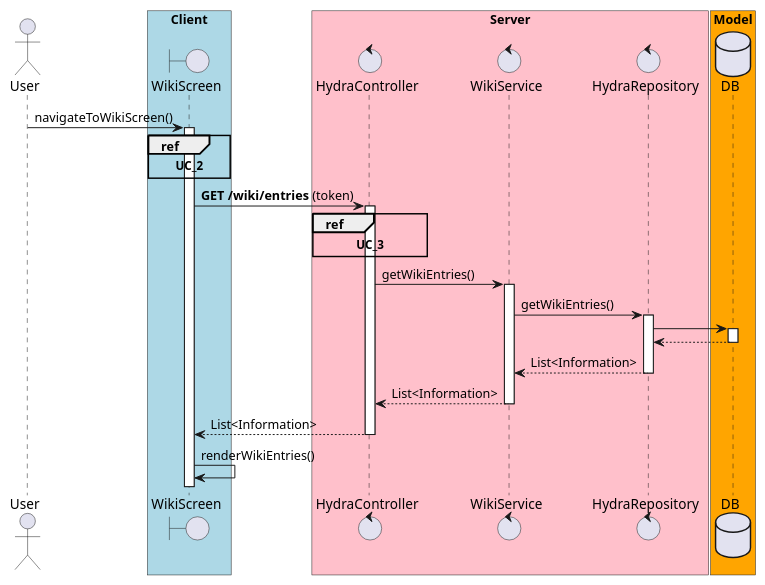
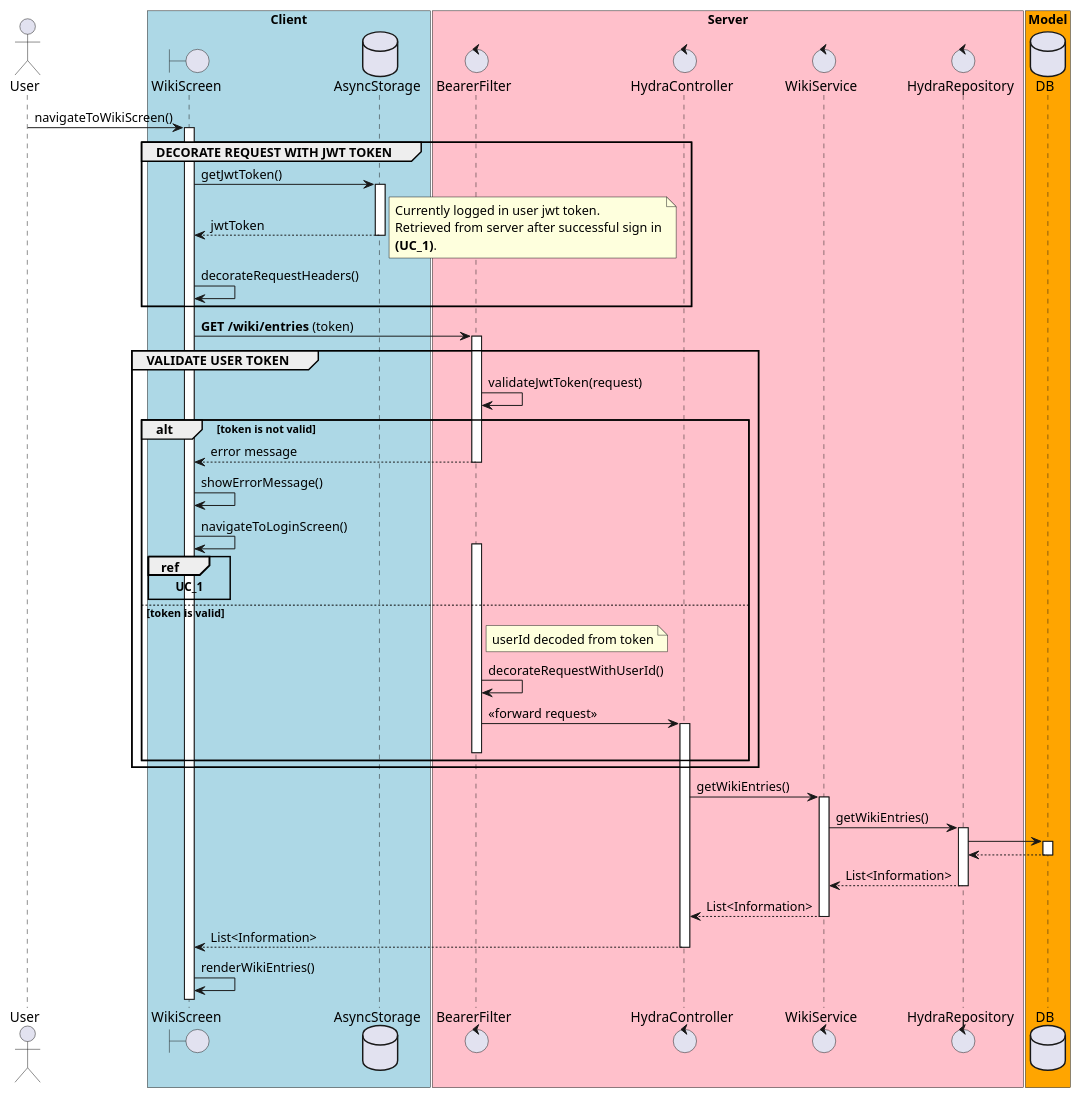
Before and after one commit to poznas/hydra-aimo: the diagram in sequence_diagram_wiki_list.puml, drawn with PlantUML. The commit also changed 16 other files, not shown here.

Commit message:
refactor UC_2, UC_3 to UC_4 nested sequence groups

```diff
--- a/sequence_diagram_wiki_list.puml
+++ b/sequence_diagram_wiki_list.puml
@@ -1,48 +1,89 @@
 @startuml
 actor User
 boundary WikiScreen
+database AsyncStorage
+control BearerFilter
 control HydraController
 control WikiService
 control HydraRepository
 
 database DB
 
 box "Client" #LightBlue
-   participant WikiScreen
+participant WikiScreen
+participant AsyncStorage
 end box
 
 box "Server" #Pink
-   control HydraController
-    control WikiService
-    control HydraRepository
+control BearerFilter
+control HydraController
+control WikiService
+control HydraRepository
 end box
 
 box "Model" #Orange
-   participant DB
+participant DB
 end box
 
 User -> WikiScreen : navigateToWikiScreen()
 activate WikiScreen
-ref over WikiScreen : **UC_2**
-WikiScreen -> HydraController : **GET /wiki/entries** (token)
-ref over HydraController : **UC_3**
 
-activate HydraController
-HydraController -> WikiService : getWikiEntries()
-activate WikiService
-WikiService -> HydraRepository : getWikiEntries()
-activate HydraRepository
-HydraRepository -> DB
-activate DB
-DB --> HydraRepository 
-deactivate DB
-HydraRepository --> WikiService : List<Information>
-deactivate HydraRepository
-WikiService --> HydraController : List<Information>
-deactivate WikiService
-HydraController --> WikiScreen : List<Information>
-deactivate HydraController
-WikiScreen -> WikiScreen : renderWikiEntries()
+group DECORATE REQUEST WITH JWT TOKEN
+   WikiScreen -> AsyncStorage : getJwtToken()
+   activate AsyncStorage
+   AsyncStorage --> WikiScreen : jwtToken
+   note right
+      Currently logged in user jwt token.
+      Retrieved from server after successful sign in
+      **(UC_1)**.
+   end note
+   deactivate AsyncStorage
+   WikiScreen -> WikiScreen : decorateRequestHeaders()
+end
 
+WikiScreen -> BearerFilter : **GET /wiki/entries** (token)
+
+activate BearerFilter
+
+group VALIDATE USER TOKEN
+
+   BearerFilter -> BearerFilter : validateJwtToken(request)
+
+   alt token is not valid
+      BearerFilter --> WikiScreen : error message
+      deactivate BearerFilter
+      WikiScreen -> WikiScreen : showErrorMessage()
+      WikiScreen -> WikiScreen : navigateToLoginScreen()
+
+      ref over WikiScreen : **UC_1**
+
+   else token is valid
+      note right of BearerFilter
+         userId decoded from token
+      end note
+      activate BearerFilter
+      BearerFilter -> BearerFilter : decorateRequestWithUserId()
+      BearerFilter -> HydraController : << forward request >>
+      activate HydraController
+      deactivate BearerFilter
+      end alt
+
+   end
+
+   HydraController -> WikiService : getWikiEntries()
+   activate WikiService
+   WikiService -> HydraRepository : getWikiEntries()
+   activate HydraRepository
+   HydraRepository -> DB
+   activate DB
+   DB --> HydraRepository
+   deactivate DB
+   HydraRepository --> WikiService : List<Information>
+   deactivate HydraRepository
+   WikiService --> HydraController : List<Information>
+   deactivate WikiService
+   HydraController --> WikiScreen : List<Information>
+   deactivate HydraController
+   WikiScreen -> WikiScreen : renderWikiEntries()
 
 @enduml
```
